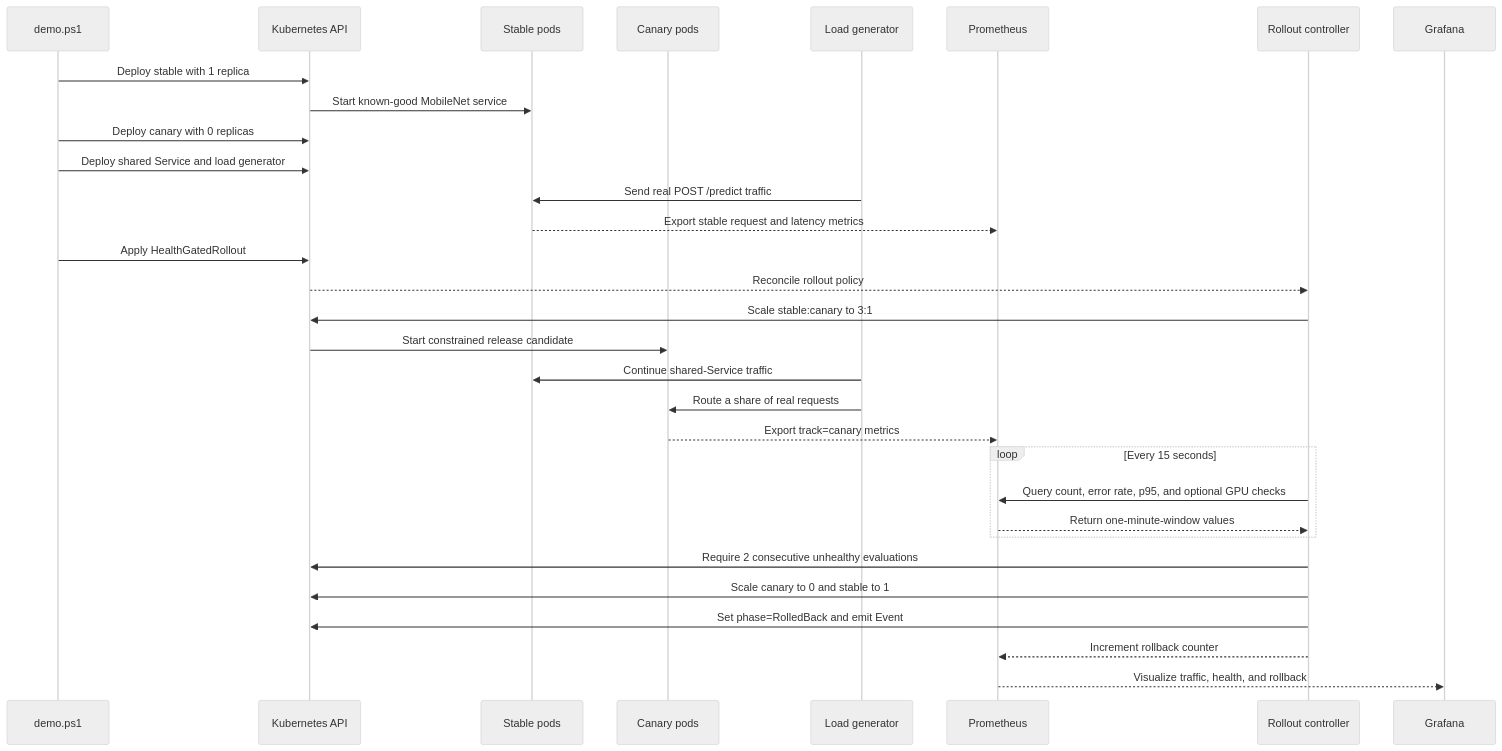
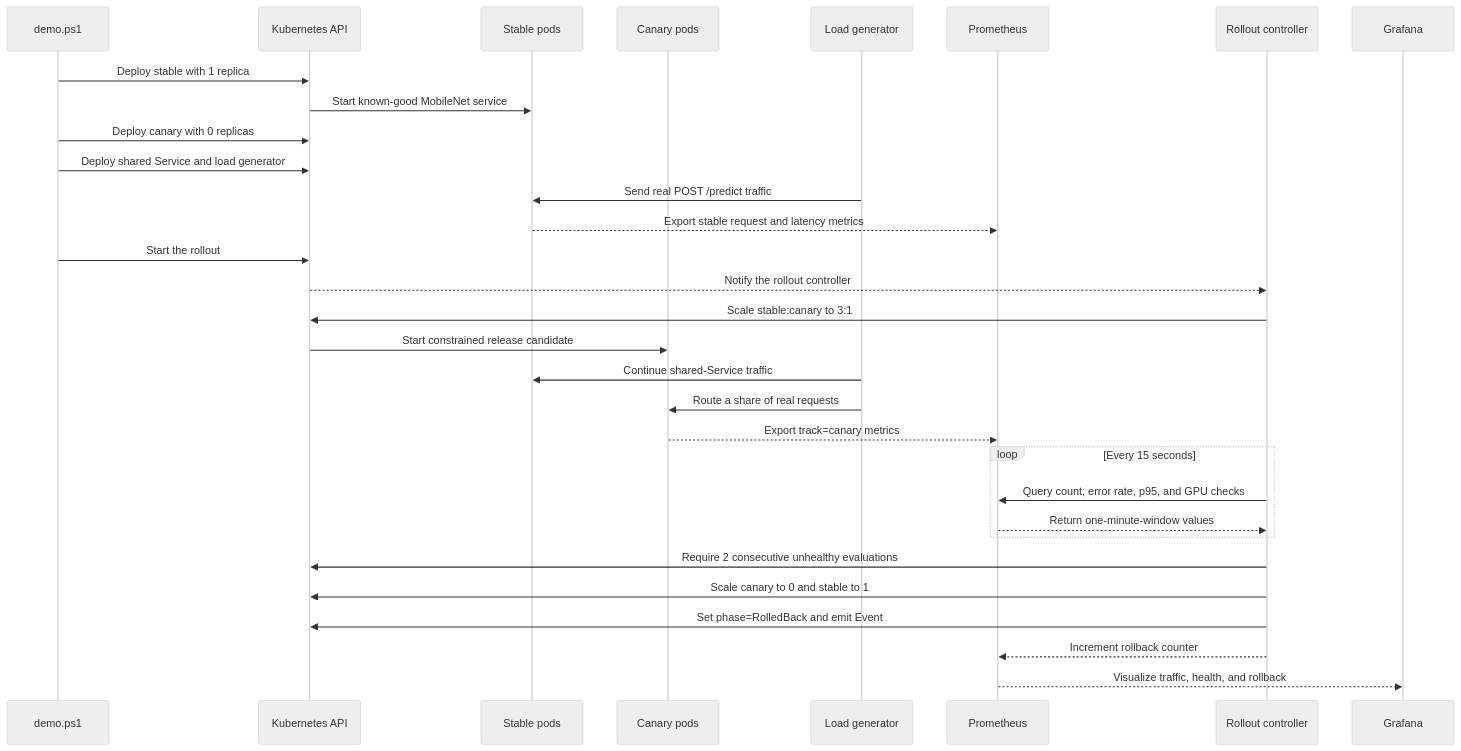
Before and after one commit to samimriaz/kubernetes-health-rollout-controller: the second of 3 diagrams in Readme.md, drawn with Mermaid (neutral theme). The commit also changed other lines of this file and 2 other files, not shown here.

Commit message:
docs: simplify rollout architecture

````diff
--- a/Readme.md
+++ b/Readme.md
@@ -163,36 +223,36 @@
 ```mermaid
 sequenceDiagram
     participant Demo as demo.ps1
     participant K8s as Kubernetes API
     participant Stable as Stable pods
     participant Canary as Canary pods
     participant Load as Load generator
     participant Prom as Prometheus
     participant Ctrl as Rollout controller
 
     Demo->>K8s: Deploy stable with 1 replica
     K8s->>Stable: Start known-good MobileNet service
     Demo->>K8s: Deploy canary with 0 replicas
     Demo->>K8s: Deploy shared Service and load generator
     Load->>Stable: Send real POST /predict traffic
     Stable-->>Prom: Export stable request and latency metrics
 
-    Demo->>K8s: Apply HealthGatedRollout
-    K8s-->>Ctrl: Reconcile rollout policy
+    Demo->>K8s: Start the rollout
+    K8s-->>Ctrl: Notify the rollout controller
     Ctrl->>K8s: Scale stable:canary to 3:1
     K8s->>Canary: Start constrained release candidate
     Load->>Stable: Continue shared-Service traffic
     Load->>Canary: Route a share of real requests
     Canary-->>Prom: Export track=canary metrics
 
     loop Every 15 seconds
-        Ctrl->>Prom: Query count, error rate, p95, and optional GPU checks
+        Ctrl->>Prom: Query count, error rate, p95, and GPU checks
         Prom-->>Ctrl: Return one-minute-window values
     end
 
     Ctrl->>K8s: Require 2 consecutive unhealthy evaluations
     Ctrl->>K8s: Scale canary to 0 and stable to 1
     Ctrl->>K8s: Set phase=RolledBack and emit Event
     Ctrl-->>Prom: Increment rollback counter
     Prom-->>Grafana: Visualize traffic, health, and rollback
 ```
````
